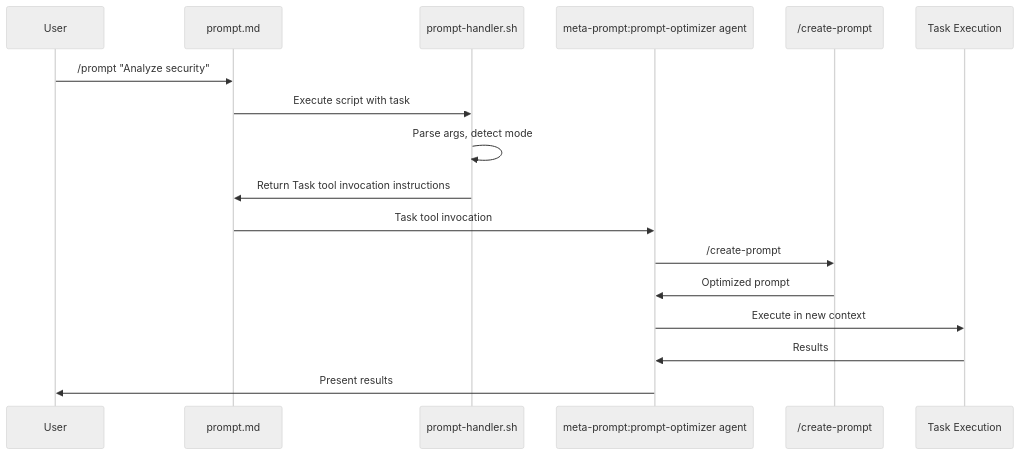
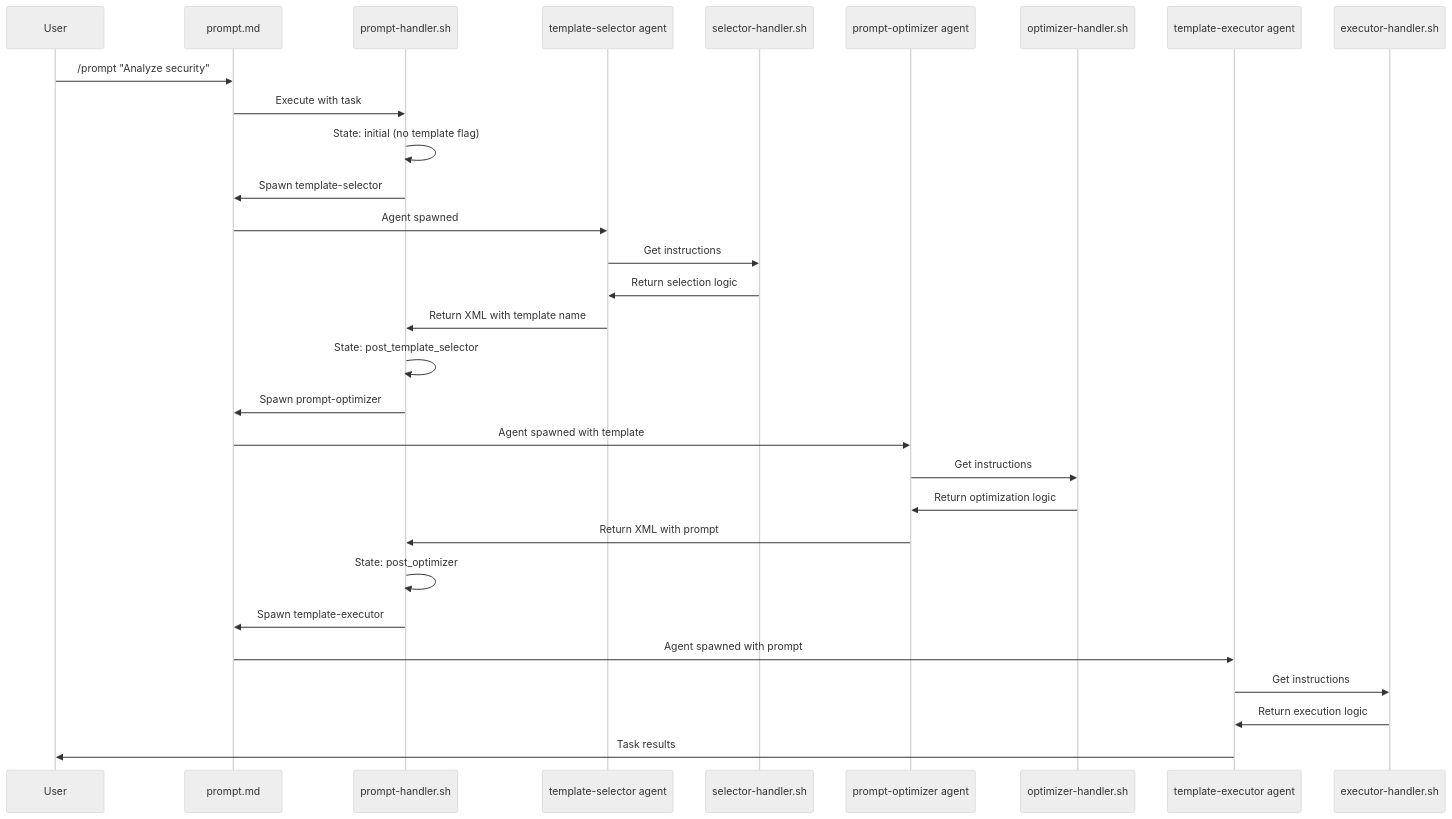
The second of 5 diagrams in meta-prompt/docs/architecture-overview.md (jtsylve/claude-experiments), drawn with Mermaid (neutral theme) before and after one commit. The commit also changed other lines of this file and 32 other files, not shown here.

First line of the commit message:
Refactor to state machine architecture with specialized agents

````diff
--- a/meta-prompt/docs/architecture-overview.md
+++ b/meta-prompt/docs/architecture-overview.md
@@ -276,20 +278,33 @@
 ```mermaid
 sequenceDiagram
     participant User
     participant PromptMD as prompt.md
     participant Handler as prompt-handler.sh
-    participant Optimizer as meta-prompt:prompt-optimizer agent
-    participant CreatePrompt as /create-prompt
-    participant Task as Task Execution
+    participant Selector as template-selector agent
+    participant SelectorH as selector-handler.sh
+    participant Optimizer as prompt-optimizer agent
+    participant OptimizerH as optimizer-handler.sh
+    participant Executor as template-executor agent
+    participant ExecutorH as executor-handler.sh
 
     User->>PromptMD: /prompt "Analyze security"
-    PromptMD->>Handler: Execute script with task
-    Handler->>Handler: Parse args, detect mode
-    Handler->>PromptMD: Return Task tool invocation instructions
-    PromptMD->>Optimizer: Task tool invocation
-    Optimizer->>CreatePrompt: /create-prompt
-    CreatePrompt->>Optimizer: Optimized prompt
-    Optimizer->>Task: Execute in new context
-    Task->>Optimizer: Results
-    Optimizer->>User: Present results
+    PromptMD->>Handler: Execute with task
+    Handler->>Handler: State: initial (no template flag)
+    Handler->>PromptMD: Spawn template-selector
+    PromptMD->>Selector: Agent spawned
+    Selector->>SelectorH: Get instructions
+    SelectorH->>Selector: Return selection logic
+    Selector->>Handler: Return XML with template name
+    Handler->>Handler: State: post_template_selector
+    Handler->>PromptMD: Spawn prompt-optimizer
+    PromptMD->>Optimizer: Agent spawned with template
+    Optimizer->>OptimizerH: Get instructions
+    OptimizerH->>Optimizer: Return optimization logic
+    Optimizer->>Handler: Return XML with prompt
+    Handler->>Handler: State: post_optimizer
+    Handler->>PromptMD: Spawn template-executor
+    PromptMD->>Executor: Agent spawned with prompt
+    Executor->>ExecutorH: Get instructions
+    ExecutorH->>Executor: Return execution logic
+    Executor->>User: Task results
 ```
````
